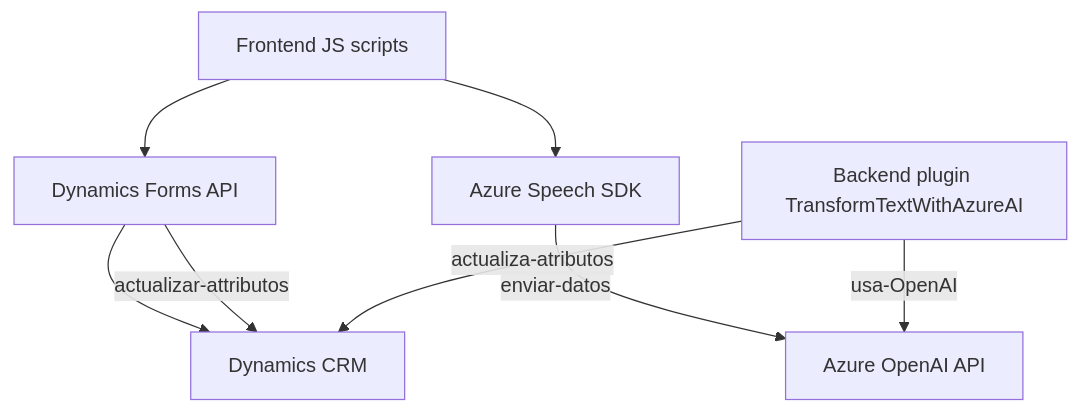
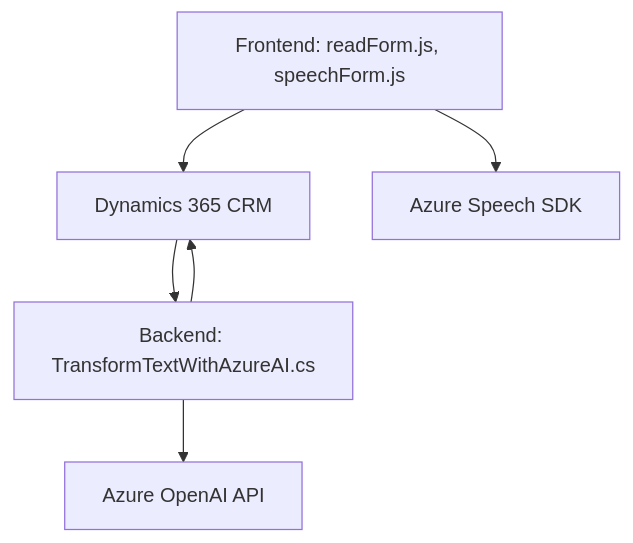
The diagram in README.md (blopezdm/NETCORE_BILBAO2025), drawn with Mermaid before and after one commit. The commit also changed other lines of this file, not shown here.

Commit message:
Actualizar análisis global de la solución con IA

````diff
--- a/README.md
+++ b/README.md
@@ -48,17 +35,14 @@
 ```mermaid
 graph TD
-A["Frontend JS scripts"]
-B["Dynamics Forms API"]
-C["Azure Speech SDK"]
-D["Azure OpenAI API"]
-E["Backend plugin TransformTextWithAzureAI"]
-F["Dynamics CRM"]
+    A["Frontend: readForm.js, speechForm.js"]
+    B["Backend: TransformTextWithAzureAI.cs"]
+    C["Dynamics 365 CRM"]
+    D["Azure Speech SDK"]
+    E["Azure OpenAI API"]
 
-A --> B
-A --> C
-B --> F
-B --actualizar-attributos--> F
-C --enviar-datos--> D
-E --usa-OpenAI--> D
-E --actualiza-atributos--> F
+    A --> D
+    A --> C
+    B --> C
+    C --> B
+    B --> E
 ```
````
